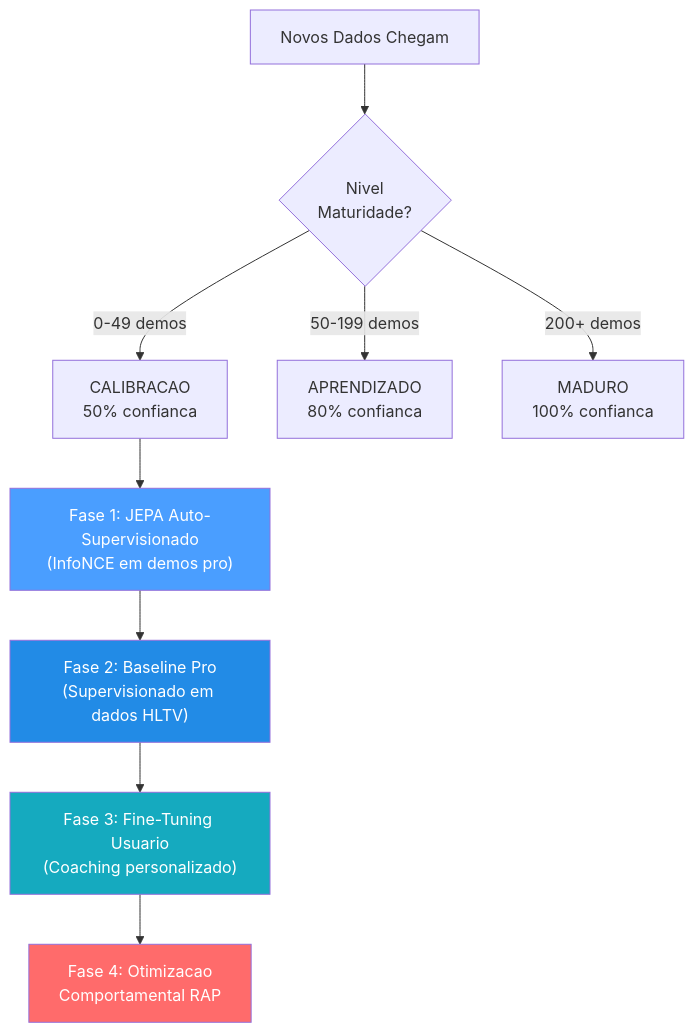
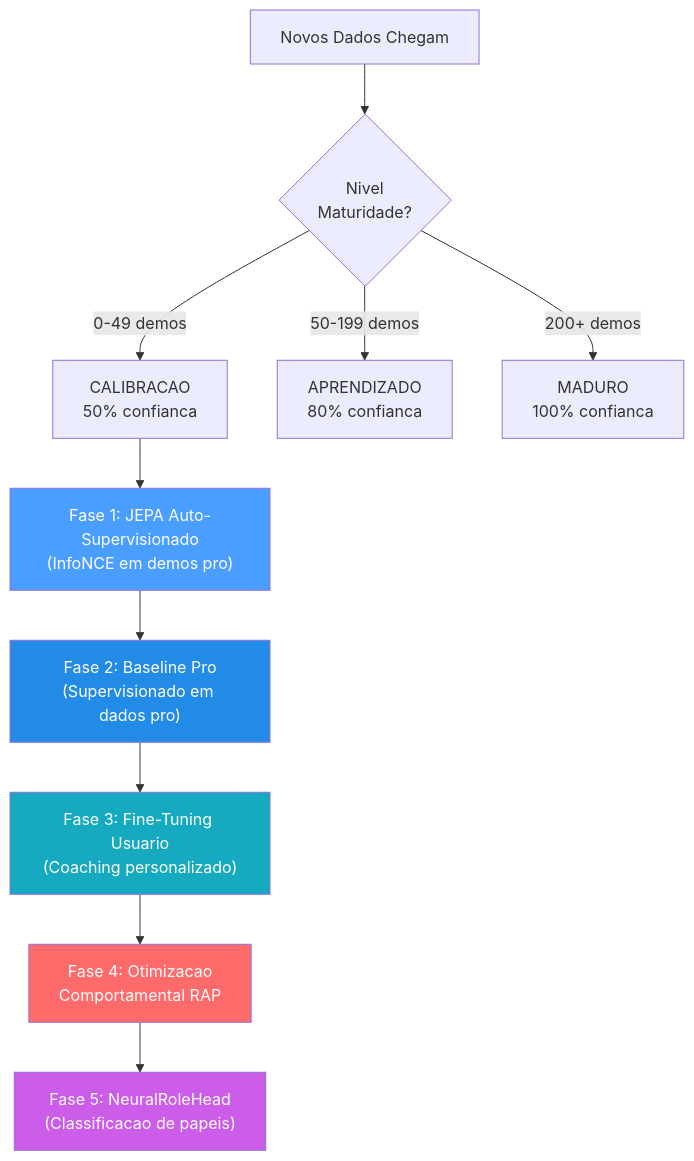
One commit to renanaugustomacena-ux/Counter-Strike-coach-AI changed diagram 14 of 22 in docs/books/Book-Coach-1A-pt.md. Above: the diagram before and after it, drawn with Mermaid. The commit also changed other lines of this file and 36 other files, not shown here.

````diff
--- a/docs/books/Book-Coach-1A-pt.md
+++ b/docs/books/Book-Coach-1A-pt.md
@@ -833,15 +837,17 @@
 ```mermaid
 graph TD
     START["Novos Dados Chegam"] --> CHECK{"Nivel<br/>Maturidade?"}
     CHECK -->|"0-49 demos"| CAL["CALIBRACAO<br/>50% confianca"]
     CHECK -->|"50-199 demos"| LEARN["APRENDIZADO<br/>80% confianca"]
     CHECK -->|"200+ demos"| MAT["MADURO<br/>100% confianca"]
     CAL --> P1["Fase 1: JEPA Auto-Supervisionado<br/>(InfoNCE em demos pro)"]
-    P1 --> P2["Fase 2: Baseline Pro<br/>(Supervisionado em dados HLTV)"]
+    P1 --> P2["Fase 2: Baseline Pro<br/>(Supervisionado em dados pro)"]
     P2 --> P3["Fase 3: Fine-Tuning Usuario<br/>(Coaching personalizado)"]
     P3 --> P4["Fase 4: Otimizacao<br/>Comportamental RAP"]
+    P4 --> P5["Fase 5: NeuralRoleHead<br/>(Classificacao de papeis)"]
     style P1 fill:#4a9eff,color:#fff
     style P2 fill:#228be6,color:#fff
     style P3 fill:#15aabf,color:#fff
     style P4 fill:#ff6b6b,color:#fff
+    style P5 fill:#cc5de8,color:#fff
 ```
````
